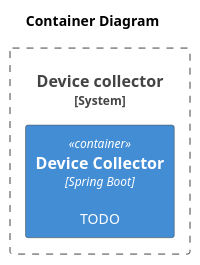
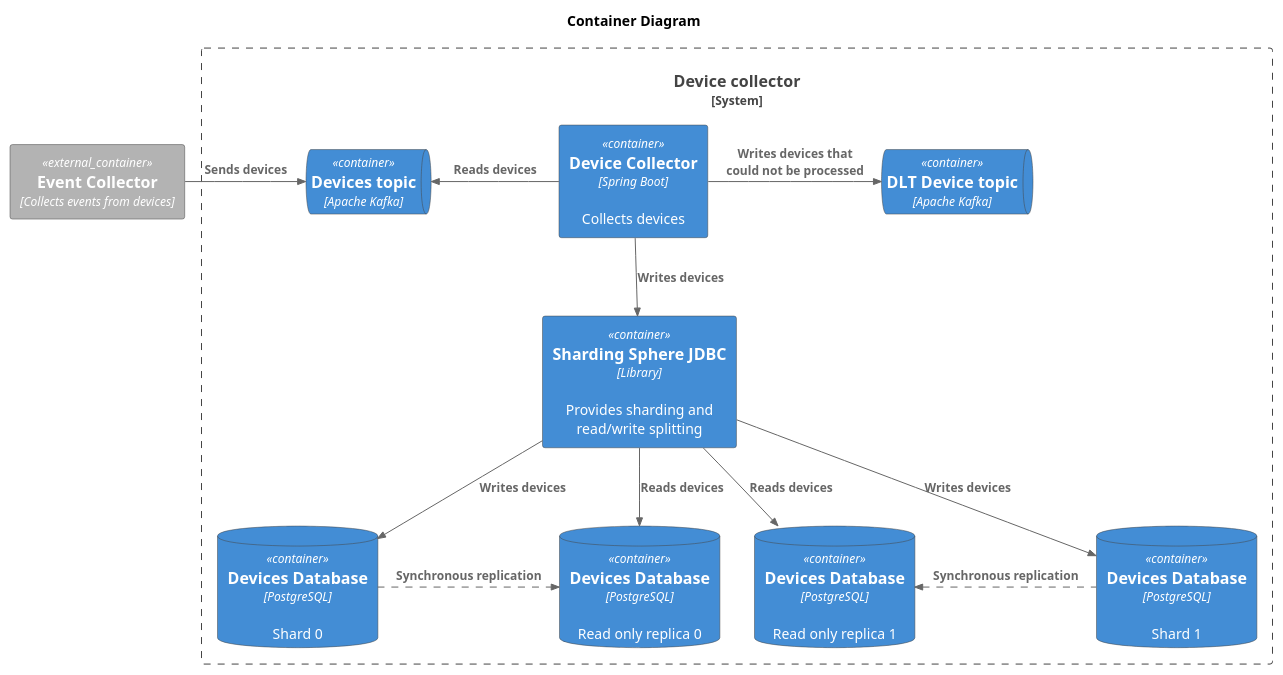
Before and after one commit to ds-usova/ourcode-iot-platform: the diagram in device-collector/architecture/diagrams/container.puml, drawn with PlantUML. The commit also changed 2 other files, not shown here.

Commit message:
Update container diagram

```diff
--- a/device-collector/architecture/diagrams/container.puml
+++ b/device-collector/architecture/diagrams/container.puml
@@ -1,19 +1,46 @@
 @startuml Context
 !include https://raw.githubusercontent.com/plantuml-stdlib/C4-PlantUML/master/C4_Container.puml
 
 title "Container Diagram"
 
 ' Styles
 UpdateElementStyle("container", $borderColor="#444444")
 UpdateElementStyle("external_container", $borderColor="#444444")
 
+AddRelTag("dashed", $lineStyle = DashedLine())
+
 System_Boundary(system, "Device collector") {
 
     ' Containers
-    Container(device_collector, "Device Collector", "Spring Boot", "TODO")
+    Container(device_collector, "Device Collector", "Spring Boot", "Collects devices")
+
+    Container(sharding_sphere, "Sharding Sphere JDBC", "Library", "Provides sharding and read/write splitting")
+
+    ContainerDb(device_db_shard_0, "Devices Database", "PostgreSQL", "Shard 0")
+    ContainerDb(device_db_shard_1, "Devices Database", "PostgreSQL", "Shard 1")
+    ContainerDb(device_db_replica_0, "Devices Database", "PostgreSQL", "Read only replica 0")
+    ContainerDb(device_db_replica_1, "Devices Database", "PostgreSQL", "Read only replica 1")
+
+    ContainerQueue(devices_topic, "Devices topic", "Apache Kafka")
+    ContainerQueue(devices_dlt_topic, "DLT Device topic", "Apache Kafka")
 
 }
 
 ' External containers
+Container_Ext(event_collector, "Event Collector", "Collects events from devices")
+
+Rel_R(event_collector, devices_topic, "Sends devices")
+Rel_L(device_collector, devices_topic, "Reads devices")
+
+Rel_R(device_collector, devices_dlt_topic, "Writes devices that could not be processed")
+Rel_D(device_collector, sharding_sphere, "Writes devices")
+
+Rel_D(sharding_sphere, device_db_shard_0, "Writes devices")
+Rel_D(sharding_sphere, device_db_shard_1, "Writes devices")
+Rel_D(sharding_sphere, device_db_replica_0, "Reads devices")
+Rel_D(sharding_sphere, device_db_replica_1, "Reads devices")
+
+Rel_R(device_db_shard_0, device_db_replica_0, "Synchronous replication", $tags="dashed")
+Rel_L(device_db_shard_1, device_db_replica_1, "Synchronous replication", $tags="dashed")
 
 @enduml
```
